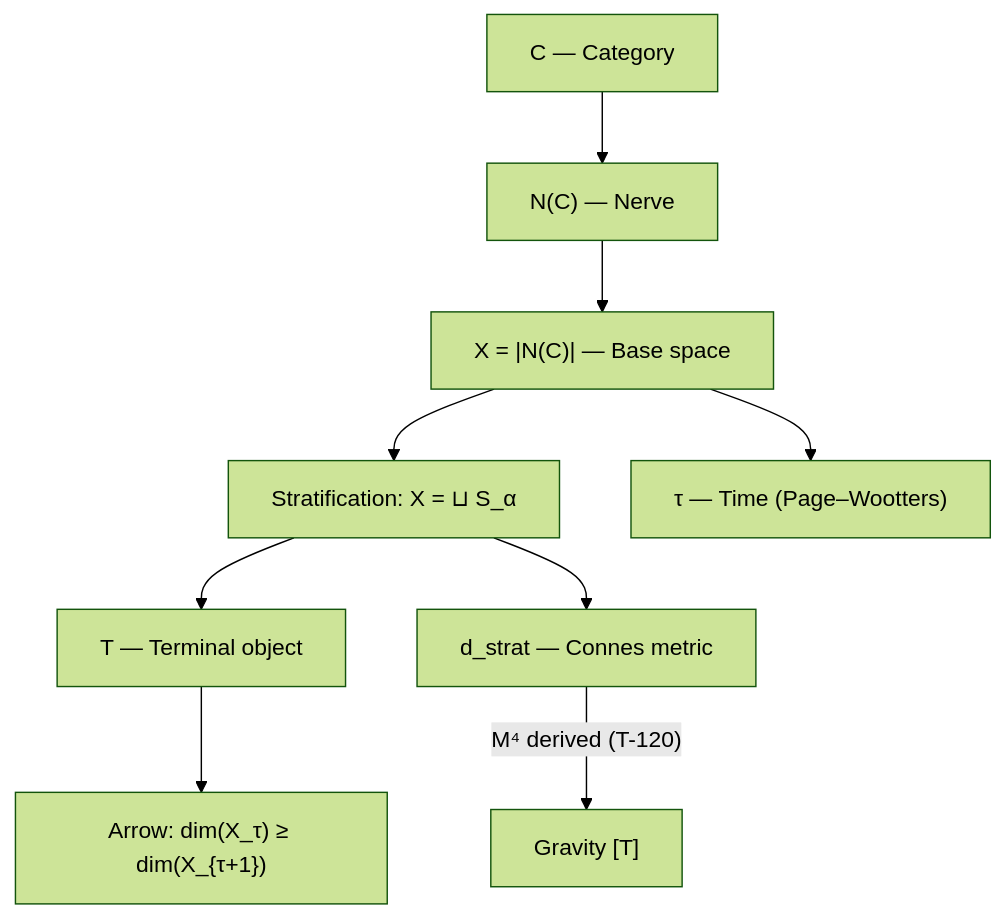
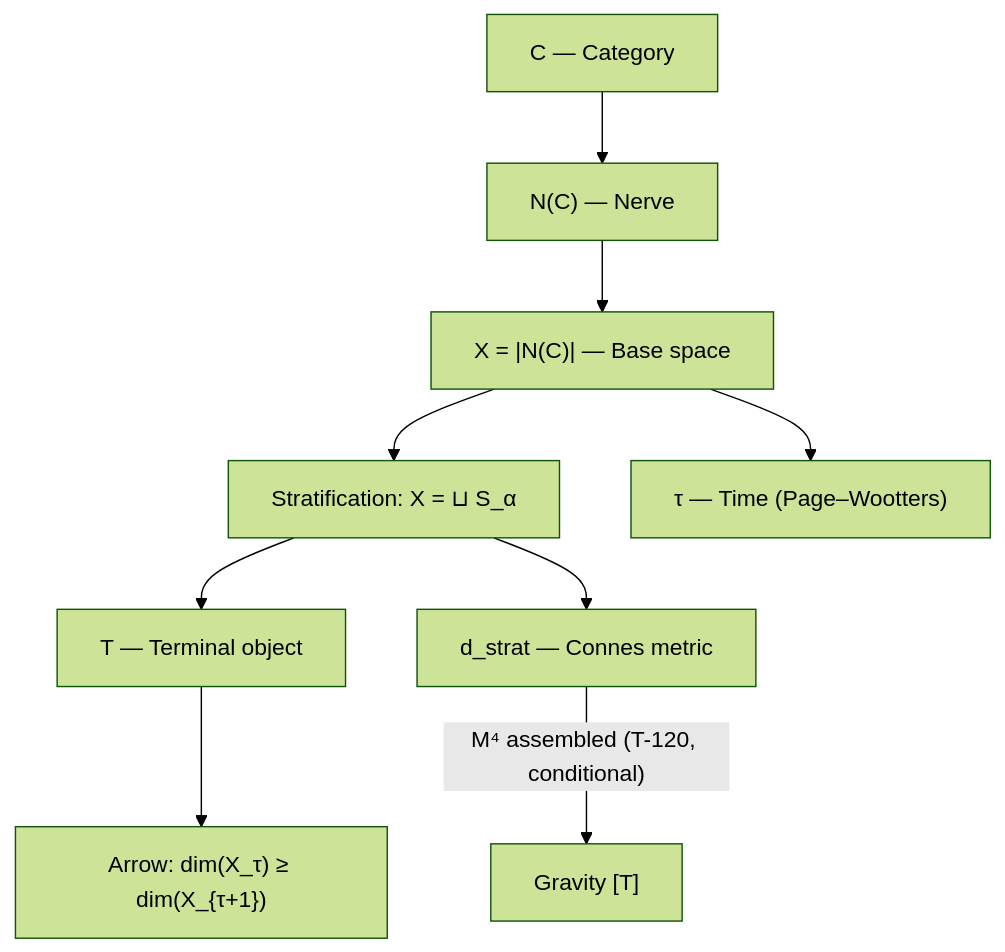
The diagram in website/docs/core/foundations/spacetime.md (gst-st/uhm), drawn with Mermaid (forest theme) before and after one commit. The commit also changed other lines of this file and 40 other files, not shown here.

````diff
--- a/website/docs/core/foundations/spacetime.md
+++ b/website/docs/core/foundations/spacetime.md
@@ -426,21 +426,21 @@
 ```mermaid
 graph TD
  C["C — Category"]
  N["N#40;C#41; — Nerve"]
  X["X = |N#40;C#41;| — Base space"]
  STRAT["Stratification: X = ⊔ S_α"]
  T_OBJ["T — Terminal object"]
  DSTRAT["d_strat — Connes metric"]
  TIME["τ — Time #40;Page–Wootters#41;"]
  ARROW["Arrow: dim#40;X_τ#41; ≥ dim#40;X_{τ+1}#41;"]
  GR["Gravity #91;T#93;"]
 
  C --> N
  N --> X
  X --> STRAT
  STRAT --> T_OBJ
  STRAT --> DSTRAT
  X --> TIME
  T_OBJ --> ARROW
- DSTRAT --> |"M⁴ derived #40;T-120#41;"| GR
+ DSTRAT --> |"M⁴ assembled #40;T-120, conditional#41;"| GR
 ```
````
